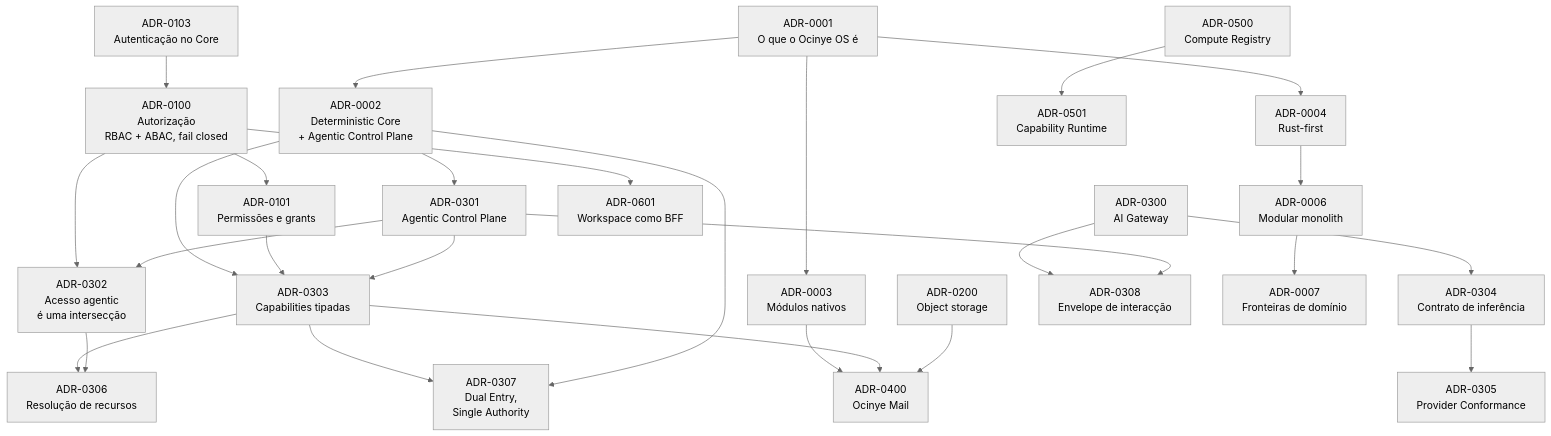
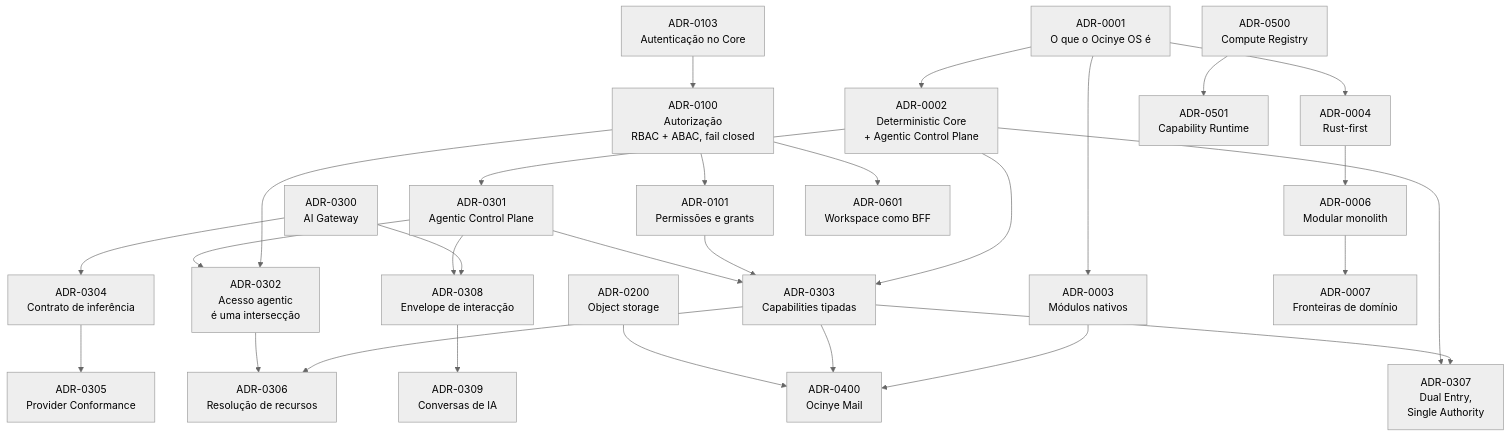
The diagram in docs/adrs/README.md (Ocinye/ocinye-os), drawn with Mermaid (neutral theme) before and after one commit. The commit also changed other lines of this file and 18 other files, not shown here.

````diff
--- a/docs/adrs/README.md
+++ b/docs/adrs/README.md
@@ -38,56 +38,58 @@
 ```mermaid
 flowchart TB
     A0001["ADR-0001<br/>O que o Ocinye OS é"]
     A0002["ADR-0002<br/>Deterministic Core<br/>+ Agentic Control Plane"]
     A0003["ADR-0003<br/>Módulos nativos"]
     A0004["ADR-0004<br/>Rust-first"]
     A0100["ADR-0100<br/>Autorização<br/>RBAC + ABAC, fail closed"]
 
     A0006["ADR-0006<br/>Modular monolith"]
     A0101["ADR-0101<br/>Permissões e grants"]
     A0103["ADR-0103<br/>Autenticação no Core"]
     A0200["ADR-0200<br/>Object storage"]
     A0300["ADR-0300<br/>AI Gateway"]
     A0301["ADR-0301<br/>Agentic Control Plane"]
     A0302["ADR-0302<br/>Acesso agentic<br/>é uma intersecção"]
     A0303["ADR-0303<br/>Capabilities tipadas"]
     A0304["ADR-0304<br/>Contrato de inferência"]
     A0305["ADR-0305<br/>Provider Conformance"]
     A0306["ADR-0306<br/>Resolução de recursos"]
     A0307["ADR-0307<br/>Dual Entry,<br/>Single Authority"]
     A0308["ADR-0308<br/>Envelope de interacção"]
+    A0309["ADR-0309<br/>Conversas de IA"]
     A0400["ADR-0400<br/>Ocinye Mail"]
     A0500["ADR-0500<br/>Compute Registry"]
     A0501["ADR-0501<br/>Capability Runtime"]
     A0601["ADR-0601<br/>Workspace como BFF"]
 
     A0001 --> A0002
     A0001 --> A0003
     A0001 --> A0004
     A0002 --> A0301
     A0002 --> A0303
     A0003 --> A0400
     A0004 --> A0006
     A0006 --> A0007["ADR-0007<br/>Fronteiras de domínio"]
 
     A0100 --> A0101
     A0100 --> A0302
     A0100 --> A0601
     A0101 --> A0303
     A0103 --> A0100
 
     A0300 --> A0304
     A0304 --> A0305
     A0300 --> A0308
     A0301 --> A0308
+    A0308 --> A0309
     A0303 --> A0306
     A0302 --> A0306
     A0301 --> A0302
     A0301 --> A0303
     A0303 --> A0307
     A0002 --> A0307
     A0303 --> A0400
 
     A0200 --> A0400
     A0500 --> A0501
 ```
````
